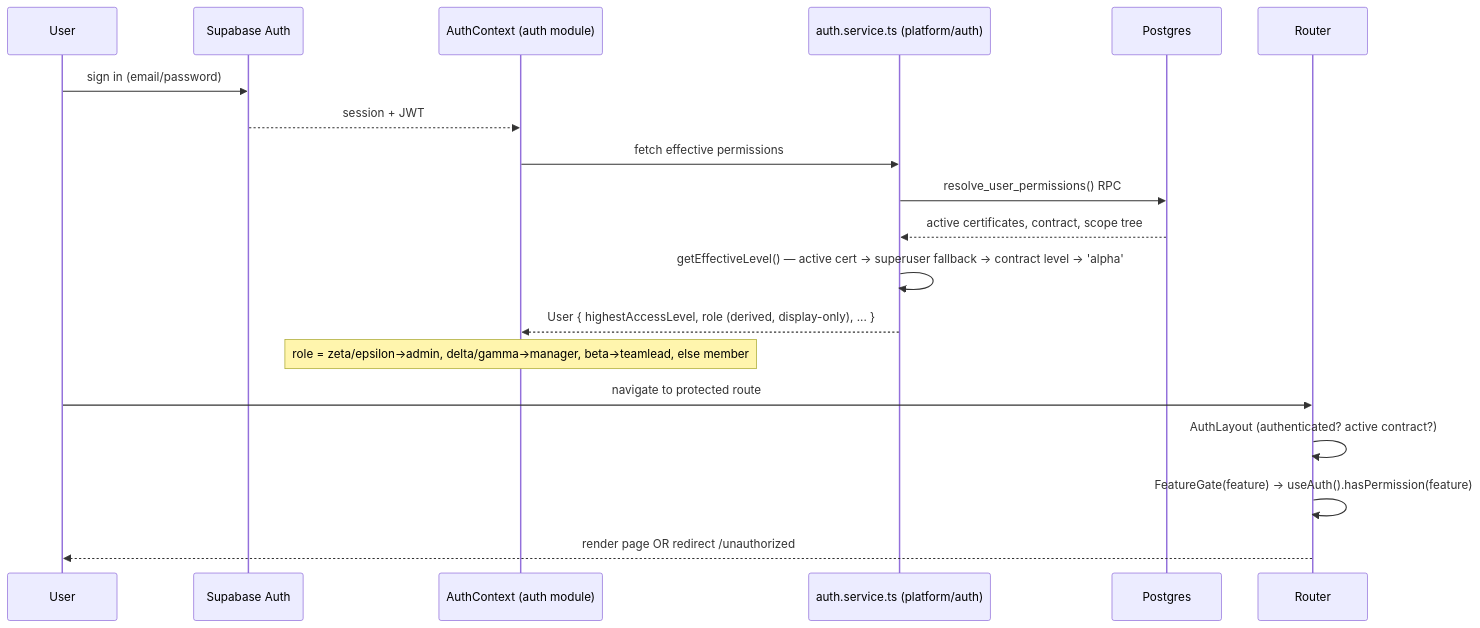
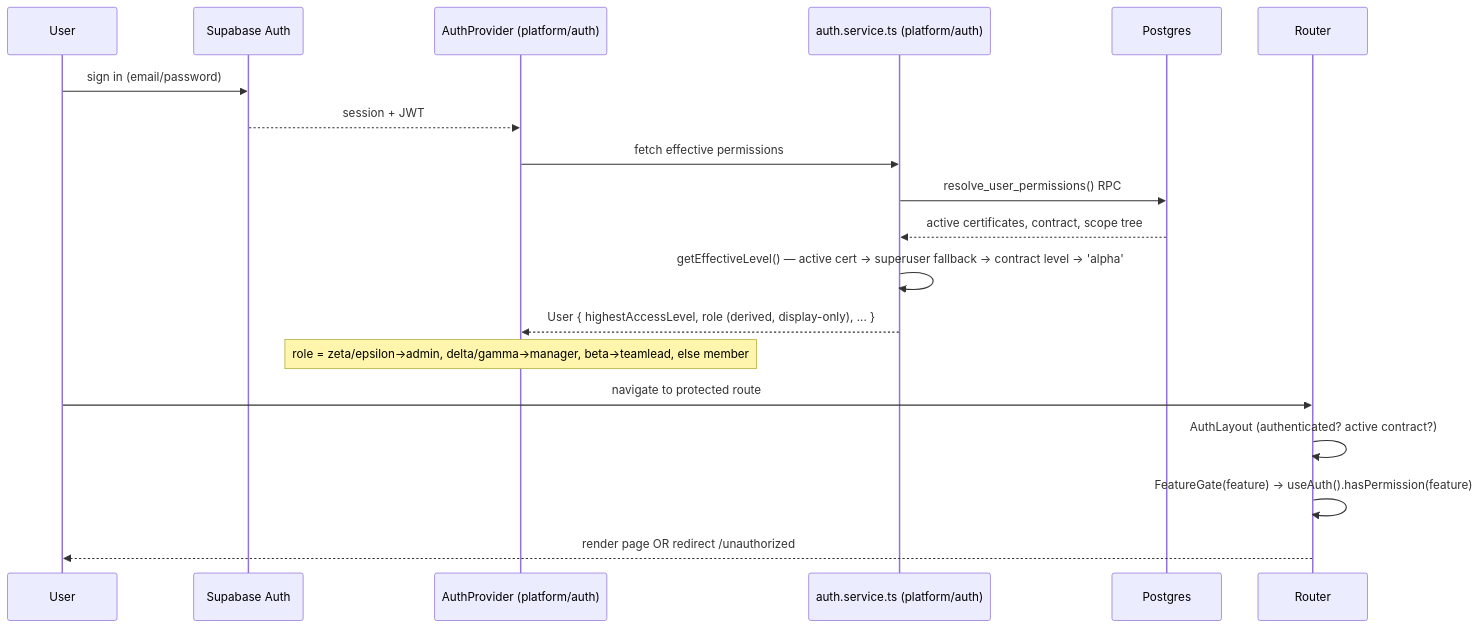
Before and after one commit to VinayakKuanr-UNSW/Shiftopia: the tenth of 10 diagrams in docs/rulebook/02-architecture.md, drawn with Mermaid. The commit also changed other lines of this file and 11 other files, not shown here.

````diff
--- a/docs/rulebook/02-architecture.md
+++ b/docs/rulebook/02-architecture.md
@@ -347,21 +347,21 @@
 ```mermaid
 sequenceDiagram
     participant U as User
     participant SB as Supabase Auth
-    participant AC as AuthContext (auth module)
+    participant AC as AuthProvider (platform/auth)
     participant AS as auth.service.ts (platform/auth)
     participant PG as Postgres
 
     U->>SB: sign in (email/password)
     SB-->>AC: session + JWT
     AC->>AS: fetch effective permissions
     AS->>PG: resolve_user_permissions() RPC
     PG-->>AS: active certificates, contract, scope tree
     AS->>AS: getEffectiveLevel() — active cert → superuser fallback → contract level → 'alpha'
     AS-->>AC: User { highestAccessLevel, role (derived, display-only), ... }
     Note over AC: role = zeta/epsilon→admin, delta/gamma→manager, beta→teamlead, else member
     U->>Router: navigate to protected route
     Router->>Router: AuthLayout (authenticated? active contract?)
     Router->>Router: FeatureGate(feature) → useAuth().hasPermission(feature)
     Router-->>U: render page OR redirect /unauthorized
 ```
````
